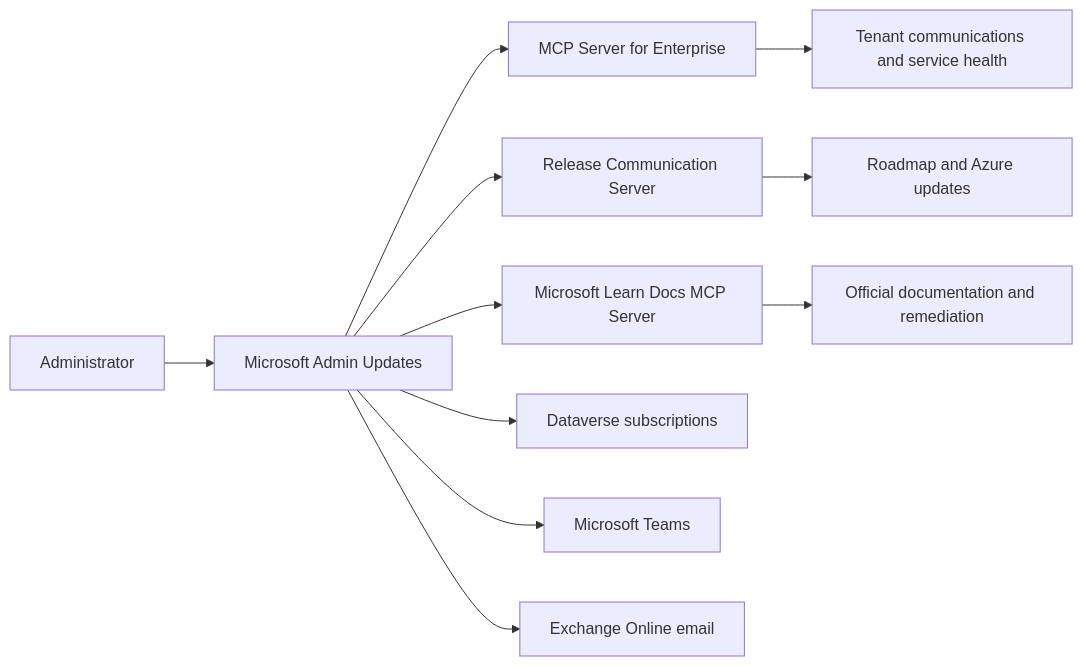
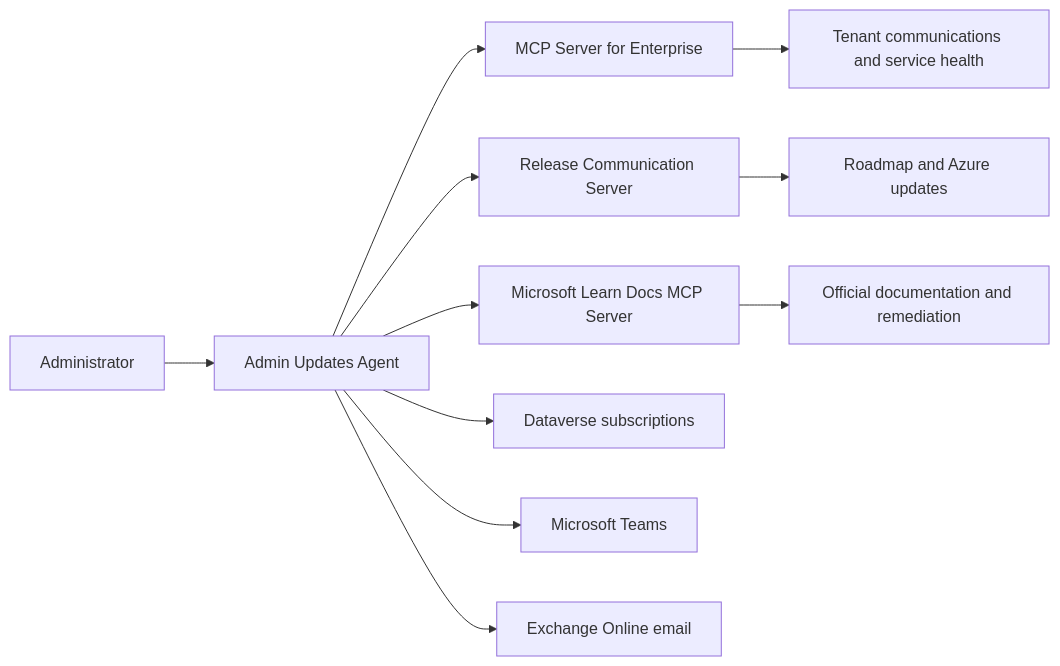
Before and after one commit to saurabhkoshta/Admin-Updates-Agents: the diagram in README.md, drawn with Mermaid. The commit also changed other lines of this file and 1 other file, not shown here.

Commit message:
Correct Admin Updates Agent branding

````diff
--- a/README.md
+++ b/README.md
@@ -29,14 +29,14 @@
 ```mermaid
 flowchart LR
-    User[Administrator] --> Agent[Microsoft Admin Updates]
+    User[Administrator] --> Agent[Admin Updates Agent]
     Agent --> Enterprise[MCP Server for Enterprise]
     Agent --> Release[Release Communication Server]
     Agent --> Learn[Microsoft Learn Docs MCP Server]
     Agent --> Dataverse[Dataverse subscriptions]
     Agent --> Teams[Microsoft Teams]
     Agent --> Email[Exchange Online email]
 
     Enterprise --> Tenant[Tenant communications and service health]
     Release --> Public[Roadmap and Azure updates]
     Learn --> Docs[Official documentation and remediation]
 ```
````
